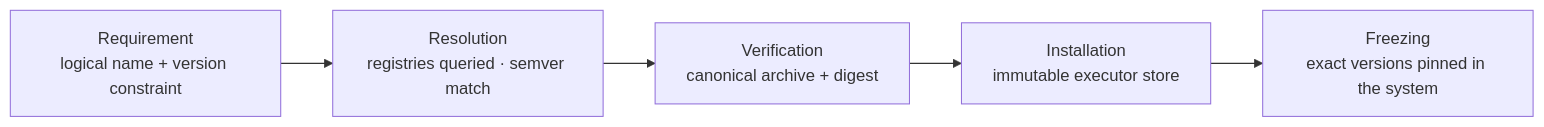
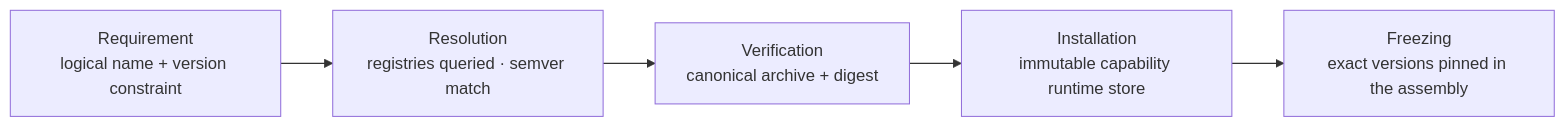
One commit to neuron-runtime/neuron changed the second of 2 diagrams in application/README.md. Above: the diagram before and after it, drawn with Mermaid. The commit also changed other lines of this file and 119 other files, not shown here.

````diff
--- a/application/README.md
+++ b/application/README.md
@@ -538,7 +538,7 @@
 ```mermaid
 flowchart LR
     A[Requirement<br/>logical name + version constraint] --> B[Resolution<br/>registries queried · semver match]
     B --> C[Verification<br/>canonical archive + digest]
-    C --> D[Installation<br/>immutable executor store]
-    D --> E[Freezing<br/>exact versions pinned in the system]
+    C --> D[Installation<br/>immutable capability runtime store]
+    D --> E[Freezing<br/>exact versions pinned in the assembly]
 ```
````
